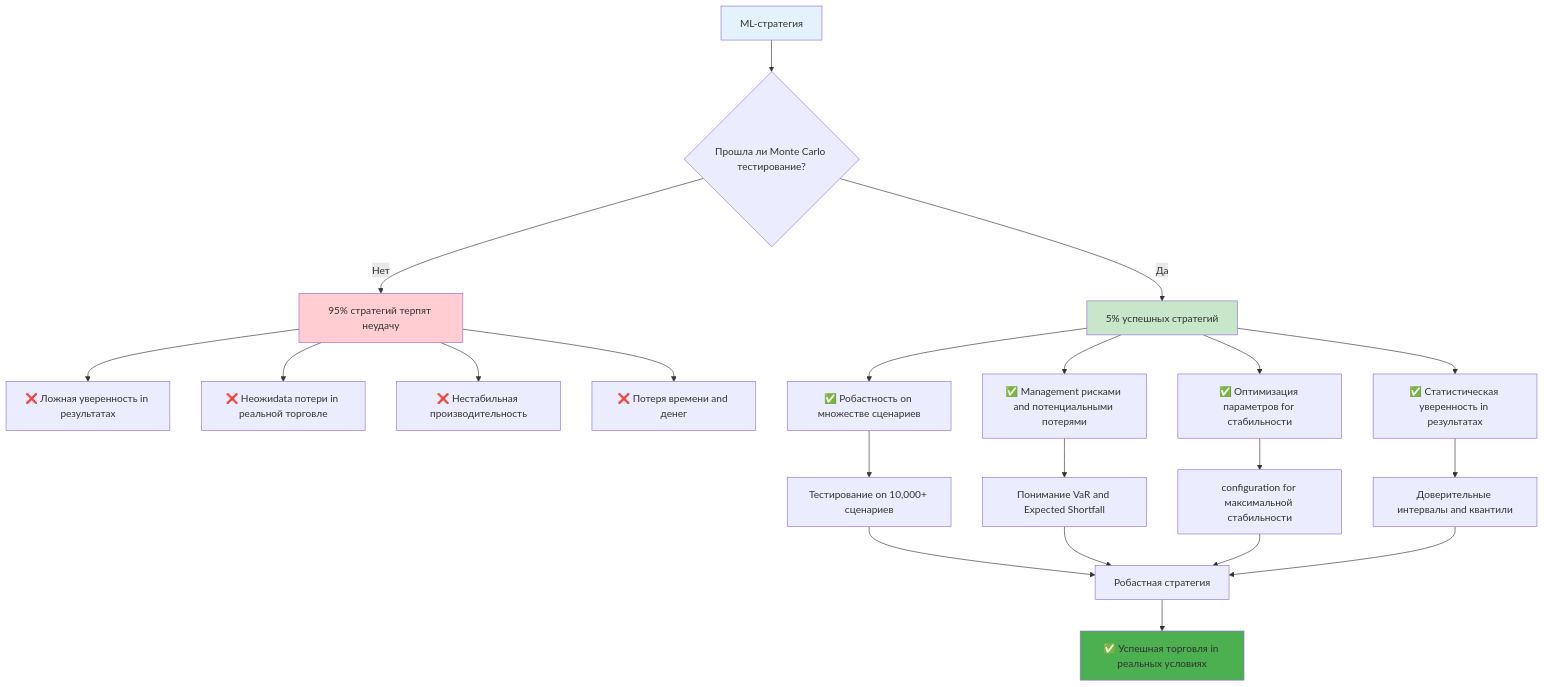
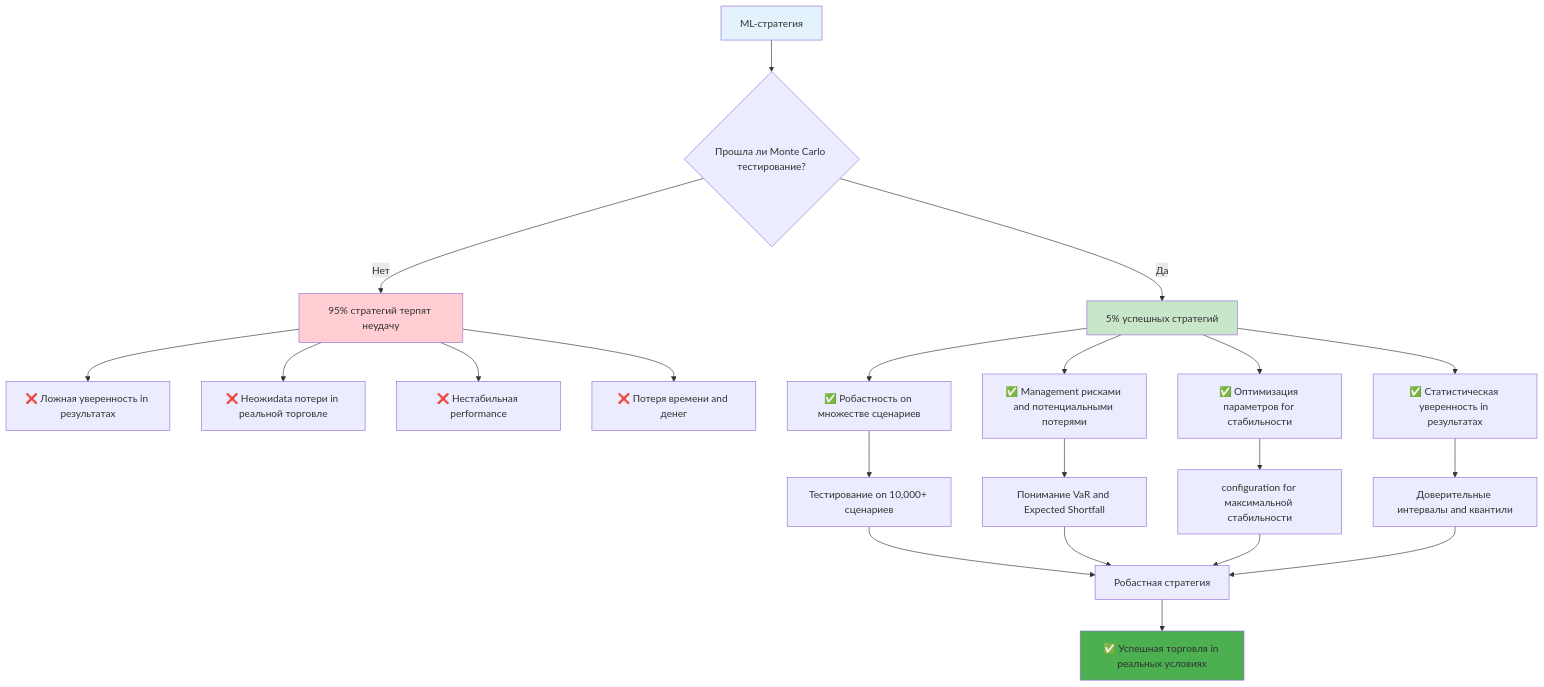
One commit to NeoZorK/neozork-hld-prediction changed the first of 9 diagrams in docs/automl/gluon/31_monte_carlo_simulations.md. Above: the diagram before and after it, drawn with Mermaid. The commit also changed other lines of this file and 88 other files, not shown here.

````diff
--- a/docs/automl/gluon/31_monte_carlo_simulations.md
+++ b/docs/automl/gluon/31_monte_carlo_simulations.md
@@ -10,33 +10,33 @@
 ```mermaid
 graph TD
  A[ML-стратегия] --> B{Прошла ли Monte Carlo тестирование?}
 
  B -->|Нет| C[95% стратегий терпят неудачу]
  C --> D[❌ Ложная уверенность in результатах]
  C --> E[❌ Неожиdata потери in реальной торговле]
- C --> F[❌ Нестабильная производительность]
+ C --> F[❌ Нестабильная performance]
  C --> G[❌ Потеря времени and денег]
 
  B -->|Да| H[5% успешных стратегий]
  H --> I[✅ Робастность on множестве сценариев]
  H --> J[✅ Management рисками and потенциальными потерями]
  H --> K[✅ Оптимизация параметров for стабильности]
  H --> L[✅ Статистическая уверенность in результатах]
 
  I --> M[Тестирование on 10,000+ сценариев]
  J --> N[Понимание VaR and Expected Shortfall]
  K --> O[configuration for максимальной стабильности]
  L --> P[Доверительные интервалы and квантили]
 
  M --> Q[Робастная стратегия]
  N --> Q
  O --> Q
  P --> Q
 
  Q --> R[✅ Успешная торговля in реальных условиях]
 
  style A fill:#e3f2fd
  style H fill:#c8e6c9
  style C fill:#ffcdd2
  style R fill:#4caf50
 ```
````
